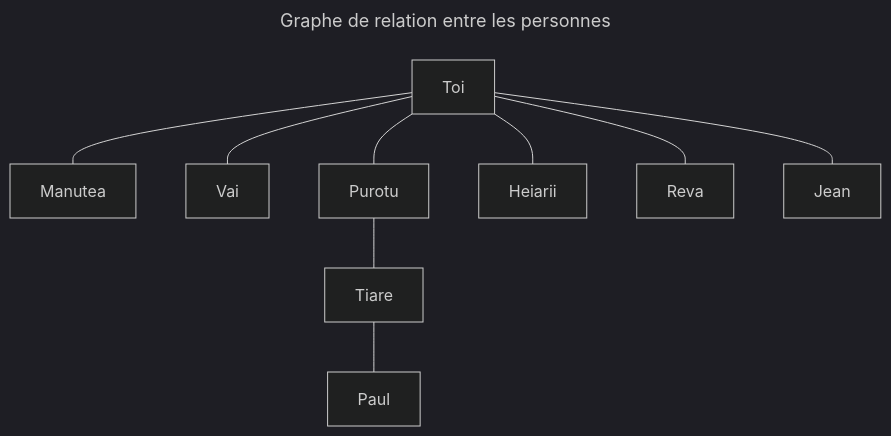
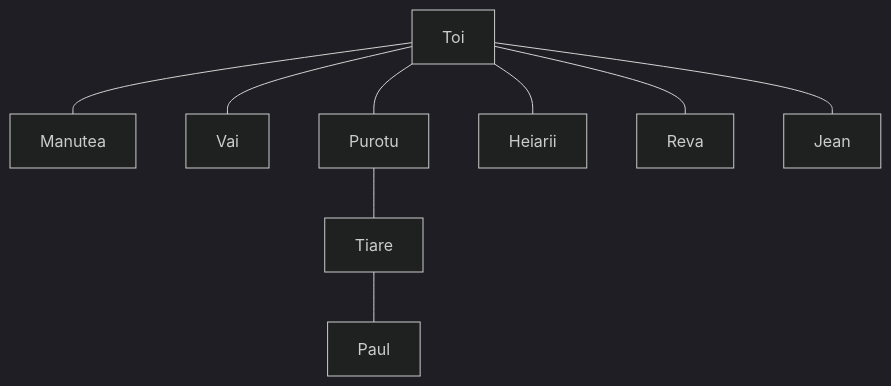
The first of 2 diagrams in content/posts/miroir-informatique-vraie-vie/structures-de-donnees/index.md (HUANGManutea/blog.dev), drawn with Mermaid (dark theme) before and after one commit. The commit also changed other lines of this file and 29 other files, not shown here.

```diff
--- a/content/posts/miroir-informatique-vraie-vie/structures-de-donnees/index.md
+++ b/content/posts/miroir-informatique-vraie-vie/structures-de-donnees/index.md
@@ -301,14 +302,11 @@
 {{< mermaid >}}
----
-title: Graphe de relation entre les personnes
----
 graph TD
     A[Toi] --- B[Manutea]
     A --- C[Vai]
     A --- D[Purotu]
     A --- E[Heiarii]
     A --- F[Reva]
     A --- G[Jean]
     D --- H[Tiare]
     H --- I[Paul]
 {{< /mermaid >}}
```
